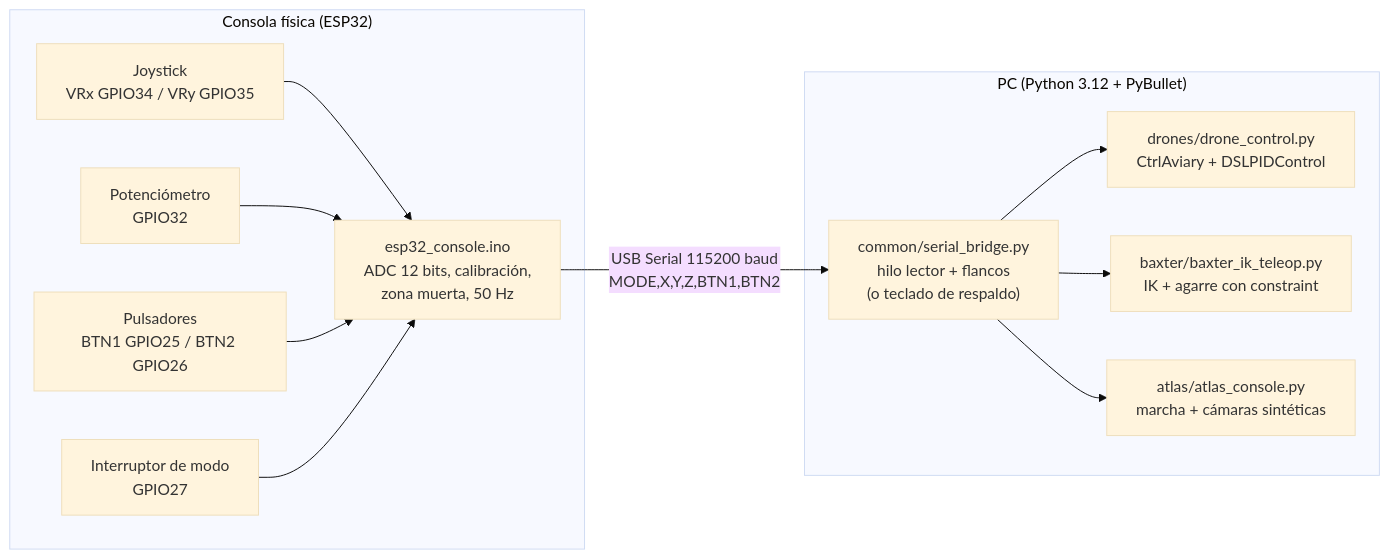
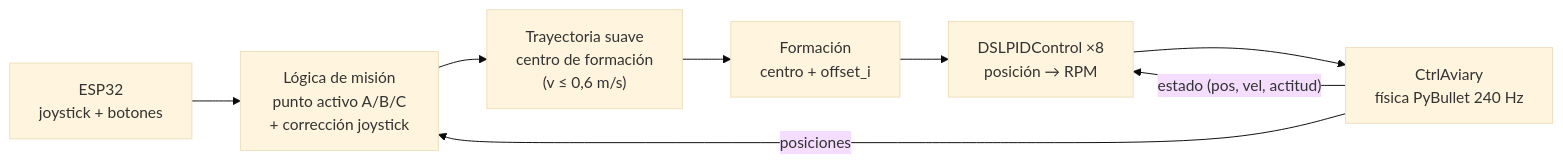
The diagram in README.md (estjuandcastaneda-06/Taller-corte-2), drawn with Mermaid (base theme) before and after one commit. The commit also changed other lines of this file, not shown here.

````diff
--- a/README.md
+++ b/README.md
@@ -45,23 +79,10 @@
 ```mermaid
 flowchart LR
-    subgraph HW["Consola física (ESP32)"]
-        J["Joystick<br/>VRx GPIO34 / VRy GPIO35"]
-        Z["Potenciómetro<br/>GPIO32"]
-        B["Pulsadores<br/>BTN1 GPIO25 / BTN2 GPIO26"]
-        M["Interruptor de modo<br/>GPIO27"]
-        FW["esp32_console.ino<br/>ADC 12 bits, calibración,<br/>zona muerta, 50 Hz"]
-        J --> FW
-        Z --> FW
-        B --> FW
-        M --> FW
-    end
-
-    FW -- "USB Serial 115200 baud<br/>MODE,X,Y,Z,BTN1,BTN2" --> SB
-
-    subgraph PC["PC (Python 3.12 + PyBullet)"]
-        SB["common/serial_bridge.py<br/>hilo lector + flancos<br/>(o teclado de respaldo)"]
-        SB --> D["drones/drone_control.py<br/>CtrlAviary + DSLPIDControl"]
-        SB --> BX["baxter/baxter_ik_teleop.py<br/>IK + agarre con constraint"]
-        SB --> AT["atlas/atlas_console.py<br/>marcha + cámaras sintéticas"]
-    end
+    ESP["ESP32<br/>joystick + botones"] --> M["Lógica de misión<br/>punto activo A/B/C<br/>+ corrección joystick"]
+    M --> T["Trayectoria suave<br/>centro de formación<br/>(v ≤ 0,6 m/s)"]
+    T --> F["Formación<br/>centro + offset_i"]
+    F --> PID["DSLPIDControl ×8<br/>posición → RPM"]
+    PID --> SIM["CtrlAviary<br/>física PyBullet 240 Hz"]
+    SIM -- "estado (pos, vel, actitud)" --> PID
+    SIM -- "posiciones" --> M
 ```
````
